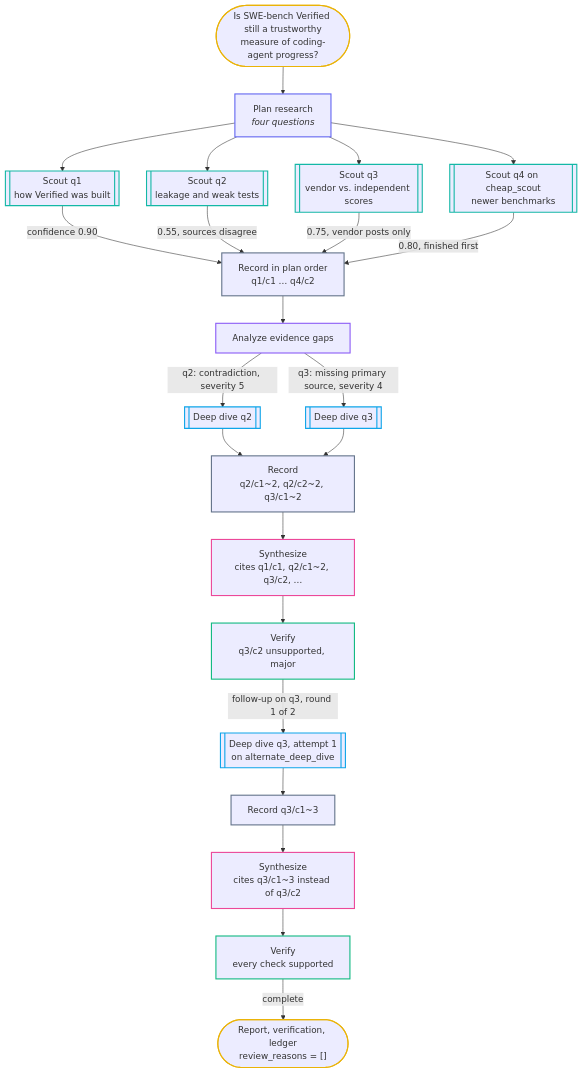
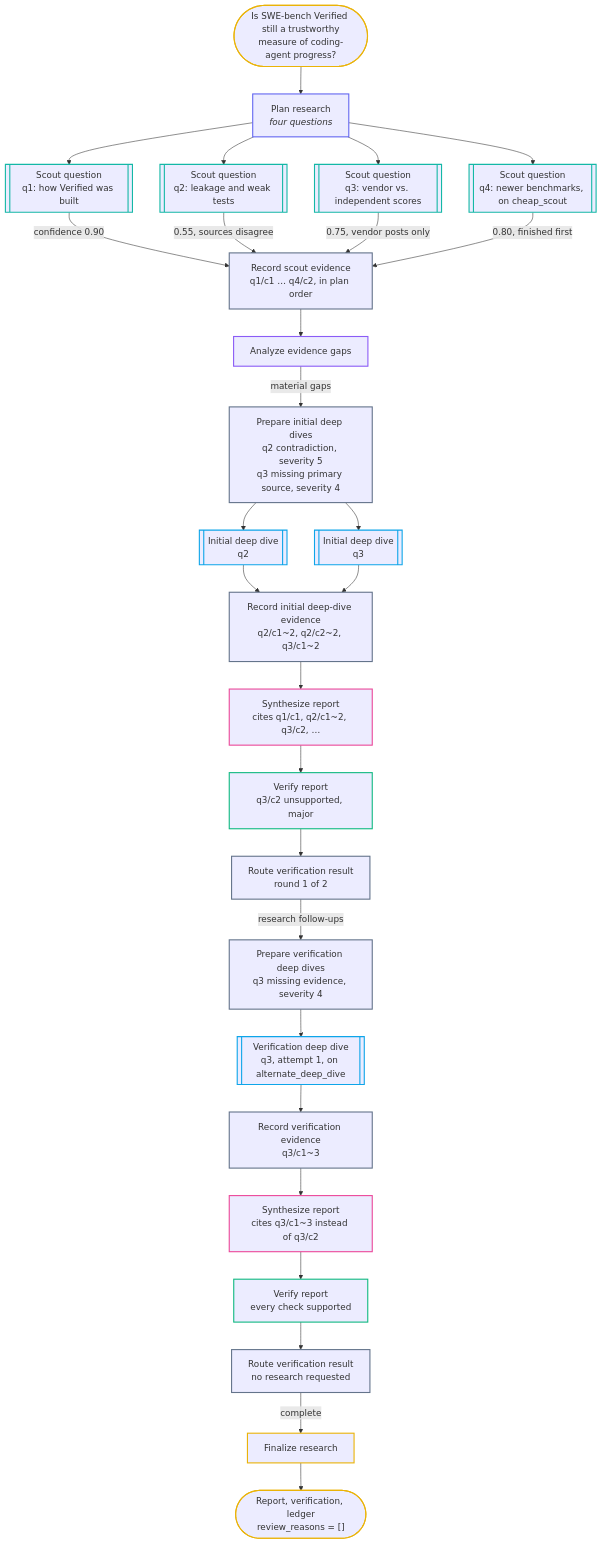
One commit to rjanseko/research-loop changed the second of 3 diagrams in README.md. Above: the diagram before and after it, drawn with Mermaid. The commit also changed other lines of this file and 1 other file, not shown here.

Commit message:
Name every diagram box after its graph.py step
Show the prepare, route, and finalize steps the diagrams had folded away,
use the decision notes from the code, and match the example's step table.

Claude-Session: https://claude.ai/code/session_01WMBSVZ9HUx9n82JrjevCS7

````diff
--- a/README.md
+++ b/README.md
@@ -123,42 +126,47 @@
 ```mermaid
 flowchart TB
-    objective(["Is SWE-bench Verified still a trustworthy<br/>measure of coding-agent progress?"])
-    objective --> plan["Plan research<br/><i>four questions</i>"]
-    plan --> s1[["Scout q1<br/>how Verified was built"]]
-    plan --> s2[["Scout q2<br/>leakage and weak tests"]]
-    plan --> s3[["Scout q3<br/>vendor vs. independent scores"]]
-    plan --> s4[["Scout q4 on cheap_scout<br/>newer benchmarks"]]
-    s1 -->|"confidence 0.90"| record1
-    s2 -->|"0.55, sources disagree"| record1
-    s3 -->|"0.75, vendor posts only"| record1
-    s4 -->|"0.80, finished first"| record1
-    record1["Record in plan order<br/>q1/c1 … q4/c2"] --> gaps["Analyze evidence gaps"]
-    gaps -->|"q2: contradiction, severity 5"| d2[["Deep dive q2"]]
-    gaps -->|"q3: missing primary source, severity 4"| d3[["Deep dive q3"]]
-    d2 --> record2["Record<br/>q2/c1~2, q2/c2~2, q3/c1~2"]
-    d3 --> record2
-    record2 --> synth1["Synthesize<br/>cites q1/c1, q2/c1~2, q3/c2, …"]
-    synth1 --> verify1["Verify<br/>q3/c2 unsupported, major"]
-    verify1 -->|"follow-up on q3, round 1 of 2"| d3b[["Deep dive q3, attempt 1<br/>on alternate_deep_dive"]]
-    d3b --> record3["Record q3/c1~3"]
-    record3 --> synth2["Synthesize<br/>cites q3/c1~3 instead of q3/c2"]
-    synth2 --> verify2["Verify<br/>every check supported"]
-    verify2 -->|"complete"| outcome(["Report, verification, ledger<br/>review_reasons = []"])
+    start(["Is SWE-bench Verified still a trustworthy<br/>measure of coding-agent progress?"])
+    start --> plan["Plan research<br/><i>four questions</i>"]
+    plan --> s1[["Scout question<br/>q1: how Verified was built"]]
+    plan --> s2[["Scout question<br/>q2: leakage and weak tests"]]
+    plan --> s3[["Scout question<br/>q3: vendor vs. independent scores"]]
+    plan --> s4[["Scout question<br/>q4: newer benchmarks, on cheap_scout"]]
+    s1 -->|"confidence 0.90"| record_scouts
+    s2 -->|"0.55, sources disagree"| record_scouts
+    s3 -->|"0.75, vendor posts only"| record_scouts
+    s4 -->|"0.80, finished first"| record_scouts
+    record_scouts["Record scout evidence<br/>q1/c1 … q4/c2, in plan order"] --> analyze_gaps["Analyze evidence gaps"]
+    analyze_gaps -->|"material gaps"| prepare_initial["Prepare initial deep dives<br/>q2 contradiction, severity 5<br/>q3 missing primary source, severity 4"]
+    prepare_initial --> d2[["Initial deep dive<br/>q2"]]
+    prepare_initial --> d3[["Initial deep dive<br/>q3"]]
+    d2 --> record_initial["Record initial deep-dive evidence<br/>q2/c1~2, q2/c2~2, q3/c1~2"]
+    d3 --> record_initial
+    record_initial --> synth1["Synthesize report<br/>cites q1/c1, q2/c1~2, q3/c2, …"]
+    synth1 --> verify1["Verify report<br/>q3/c2 unsupported, major"]
+    verify1 --> route1["Route verification result<br/>round 1 of 2"]
+    route1 -->|"research follow-ups"| prepare_verification["Prepare verification deep dives<br/>q3 missing evidence, severity 4"]
+    prepare_verification --> d3b[["Verification deep dive<br/>q3, attempt 1, on alternate_deep_dive"]]
+    d3b --> record_verification["Record verification evidence<br/>q3/c1~3"]
+    record_verification --> synth2["Synthesize report<br/>cites q3/c1~3 instead of q3/c2"]
+    synth2 --> verify2["Verify report<br/>every check supported"]
+    verify2 --> route2["Route verification result<br/>no research requested"]
+    route2 -->|"complete"| finalize["Finalize research"]
+    finalize --> finish(["Report, verification, ledger<br/>review_reasons = []"])
 
     classDef planner stroke:#6366f1,stroke-width:2px
     classDef scout stroke:#14b8a6,stroke-width:2px
     classDef join stroke:#64748b,stroke-width:2px
     classDef gap stroke:#8b5cf6,stroke-width:2px
     classDef deep stroke:#0ea5e9,stroke-width:2px
     classDef synth stroke:#ec4899,stroke-width:2px
     classDef verify stroke:#10b981,stroke-width:2px
     classDef done stroke:#eab308,stroke-width:2px
     class plan planner
     class s1,s2,s3,s4 scout
-    class record1,record2,record3 join
-    class gaps gap
+    class record_scouts,record_initial,record_verification,prepare_initial,prepare_verification,route1,route2 join
+    class analyze_gaps gap
     class d2,d3,d3b deep
     class synth1,synth2 synth
     class verify1,verify2 verify
-    class objective,outcome done
+    class start,finalize,finish done
 ```
````
